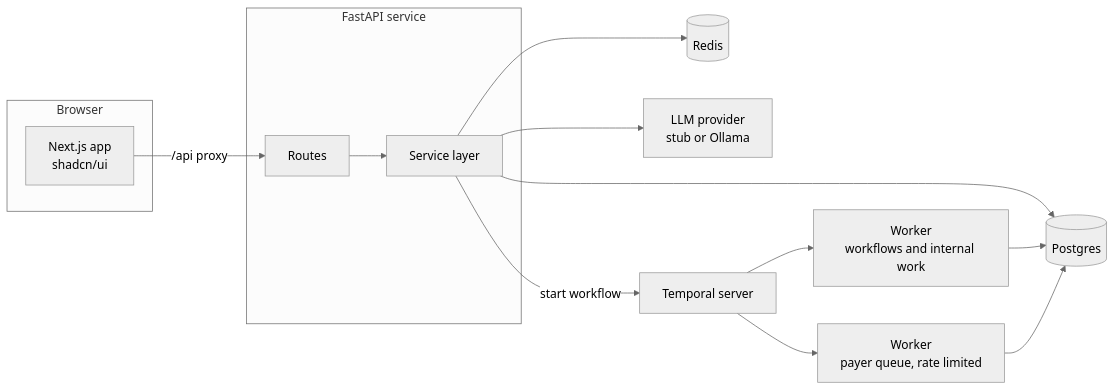
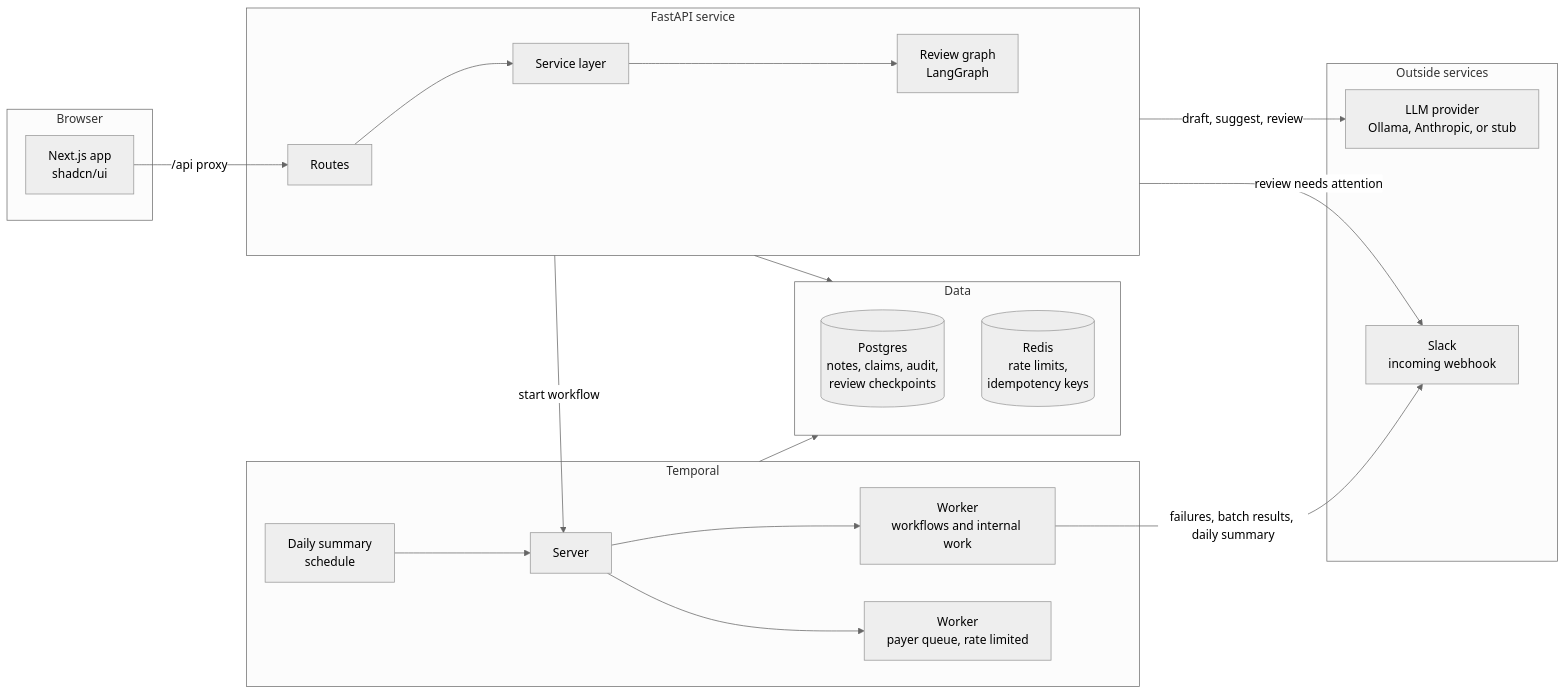
One commit to ckwan/note_loop changed the first of 3 diagrams in README.md. Above: the diagram before and after it, drawn with Mermaid (neutral theme). The commit also changed other lines of this file, not shown here.

````diff
--- a/README.md
+++ b/README.md
@@ -32,18 +17,31 @@
 ```mermaid
 flowchart LR
     subgraph Browser
         UI["Next.js app<br/>shadcn/ui"]
     end
     subgraph API["FastAPI service"]
         R["Routes"] --> S["Service layer"]
+        S --> RG["Review graph<br/>LangGraph"]
+    end
+    subgraph Data["Data"]
+        DB[("Postgres<br/>notes, claims, audit,<br/>review checkpoints")]
+        RD[("Redis<br/>rate limits,<br/>idempotency keys")]
+    end
+    subgraph Temporal["Temporal"]
+        T["Server"]
+        SCH["Daily summary<br/>schedule"] --> T
+        T --> W1["Worker<br/>workflows and internal work"]
+        T --> W2["Worker<br/>payer queue, rate limited"]
+    end
+    subgraph Outside["Outside services"]
+        LLM["LLM provider<br/>Ollama, Anthropic, or stub"]
+        SL["Slack<br/>incoming webhook"]
     end
     UI -->|"/api proxy"| R
-    S --> DB[("Postgres")]
-    S --> RD[("Redis")]
-    S --> LLM["LLM provider<br/>stub or Ollama"]
-    S -->|"start workflow"| T["Temporal server"]
-    T --> W1["Worker<br/>workflows and internal work"]
-    T --> W2["Worker<br/>payer queue, rate limited"]
-    W1 --> DB
-    W2 --> DB
+    API --> Data
+    API -->|"start workflow"| T
+    API -->|"draft, suggest, review"| LLM
+    API -->|"review needs attention"| SL
+    Temporal --> Data
+    W1 -->|"failures, batch results, daily summary"| SL
 ```
````
